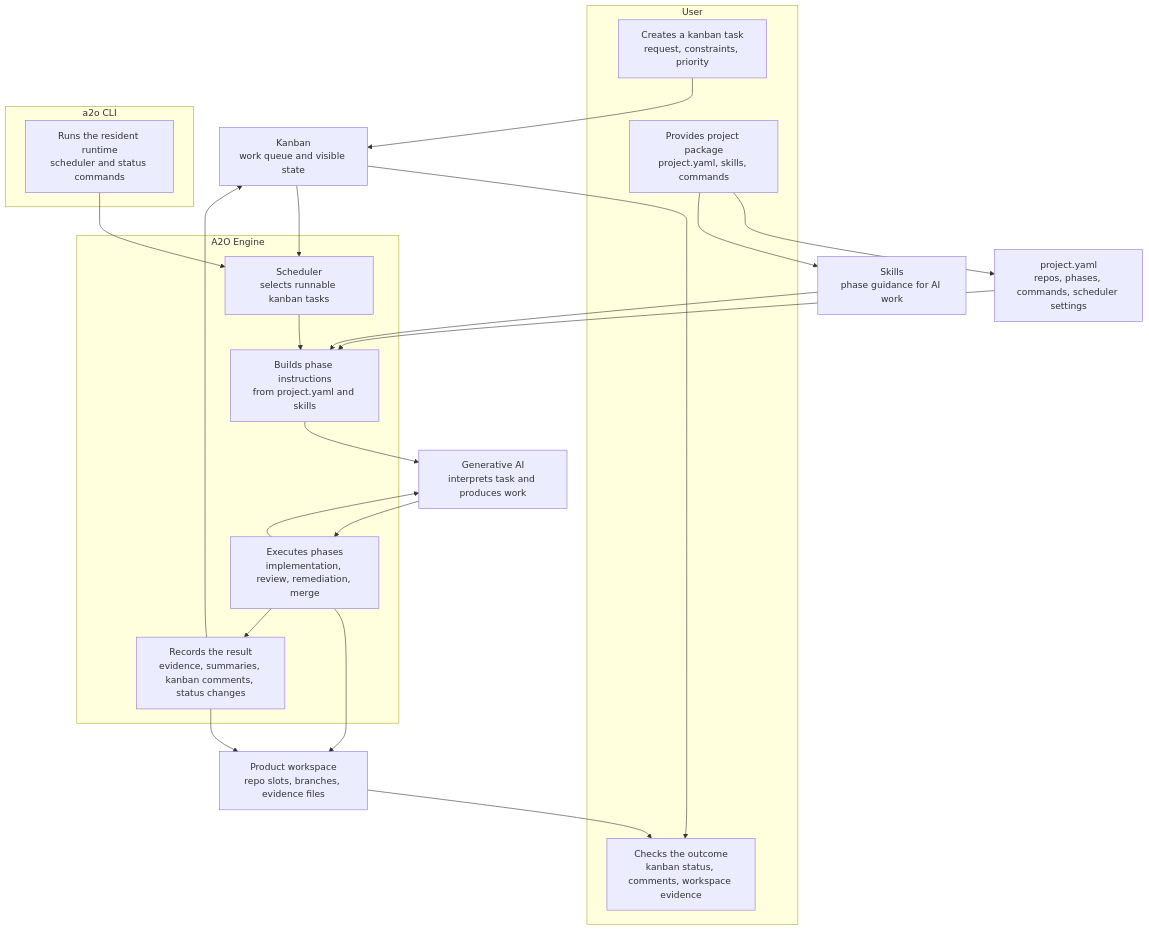
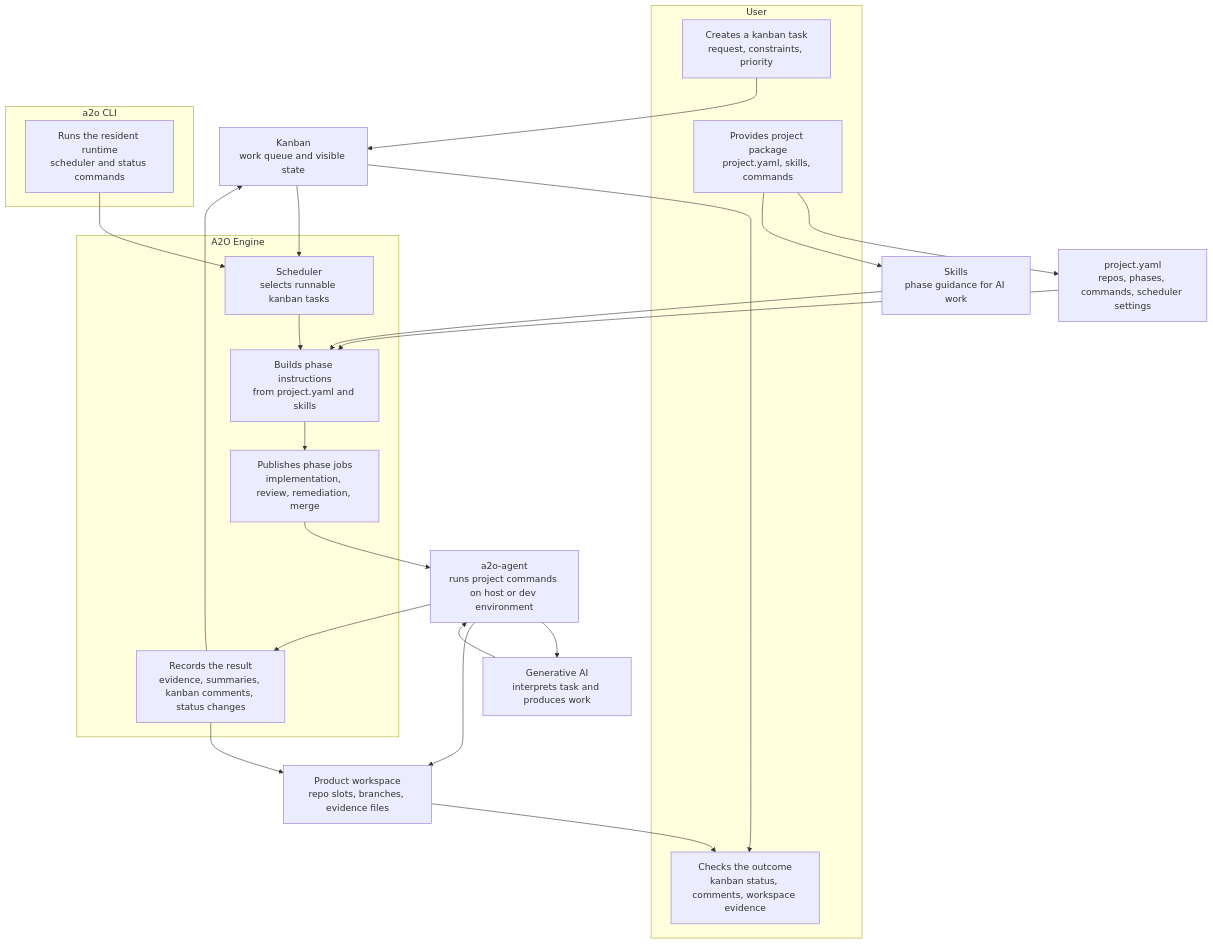
The diagram in docs/en/dev/00-design-map.md (wamukat/a2o), drawn with Mermaid before and after one commit. The commit also changed other lines of this file and 1 other file, not shown here.

Commit message:
A2O#85 Clarify agent AI boundary

````diff
--- a/docs/en/dev/00-design-map.md
+++ b/docs/en/dev/00-design-map.md
@@ -14,43 +14,45 @@
 ```mermaid
 flowchart TB
   subgraph User["User"]
     Task["Creates a kanban task\nrequest, constraints, priority"]
     Package["Provides project package\nproject.yaml, skills, commands"]
     Observe["Checks the outcome\nkanban status, comments, workspace evidence"]
   end
 
   subgraph CLI["a2o CLI"]
     Runtime["Runs the resident runtime\nscheduler and status commands"]
   end
 
   subgraph Engine["A2O Engine"]
     Scheduler["Scheduler\nselects runnable kanban tasks"]
     Plan["Builds phase instructions\nfrom project.yaml and skills"]
-    Execute["Executes phases\nimplementation, review, remediation, merge"]
+    Execute["Publishes phase jobs\nimplementation, review, remediation, merge"]
     Report["Records the result\nevidence, summaries, kanban comments, status changes"]
   end
 
+  Agent["a2o-agent\nruns project commands on host or dev environment"]
   AI["Generative AI\ninterprets task and produces work"]
   Kanban["Kanban\nwork queue and visible state"]
   ProjectYaml["project.yaml\nrepos, phases, commands, scheduler settings"]
   Skills["Skills\nphase guidance for AI work"]
   Workspace["Product workspace\nrepo slots, branches, evidence files"]
 
   Task --> Kanban
   Package --> ProjectYaml
   Package --> Skills
   Runtime --> Scheduler
   Kanban --> Scheduler
   Scheduler --> Plan
   ProjectYaml --> Plan
   Skills --> Plan
-  Plan --> AI
-  AI --> Execute
-  Execute --> AI
-  Execute --> Workspace
-  Execute --> Report
+  Plan --> Execute
+  Execute --> Agent
+  Agent --> AI
+  AI --> Agent
+  Agent --> Workspace
+  Agent --> Report
   Report --> Workspace
   Report --> Kanban
   Kanban --> Observe
   Workspace --> Observe
 ```
````
